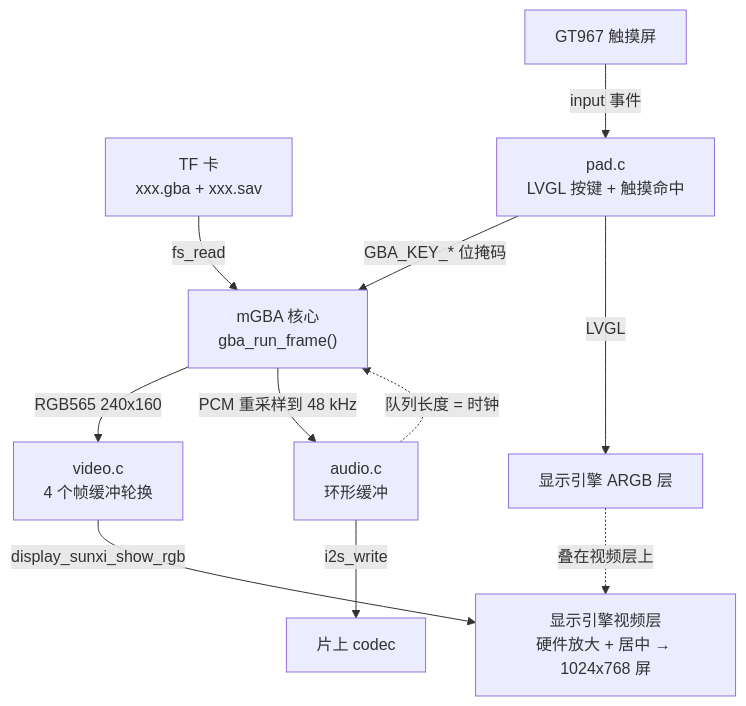
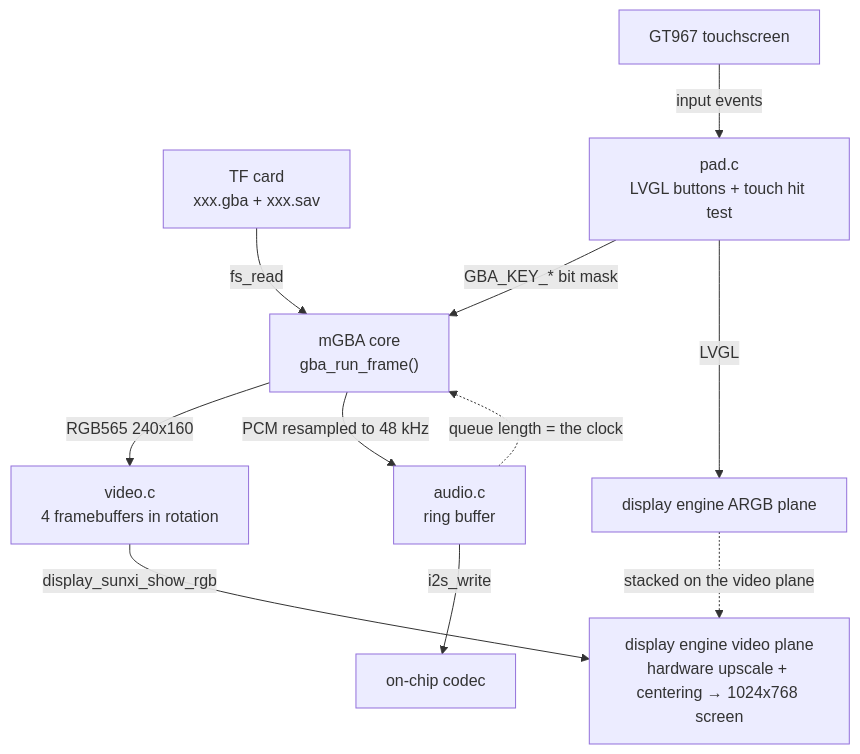
Before and after one commit to YuzukiHD/YuzukiNeko: the first of 3 diagrams in docs/src/content/docs/dev/zephyr/apps/mgba.md, drawn with Mermaid. The commit also changed other lines of this file and 216 other files, not shown here.

````diff
--- a/docs/src/content/docs/dev/zephyr/apps/mgba.md
+++ b/docs/src/content/docs/dev/zephyr/apps/mgba.md
@@ -7,13 +7,13 @@
 ```mermaid
 flowchart TB
-    SD["TF 卡<br/>xxx.gba + xxx.sav"] -->|"fs_read"| CORE["mGBA 核心<br/>gba_run_frame()"]
-    TP["GT967 触摸屏"] -->|"input 事件"| PAD["pad.c<br/>LVGL 按键 + 触摸命中"]
-    PAD -->|"GBA_KEY_* 位掩码"| CORE
-    CORE -->|"RGB565 240x160"| VID["video.c<br/>4 个帧缓冲轮换"]
-    CORE -->|"PCM 重采样到 48 kHz"| ARING["audio.c<br/>环形缓冲"]
-    PAD -->|"LVGL"| ARGB["显示引擎 ARGB 层"]
-    ARING -.->|"队列长度 = 时钟"| CORE
-    ARING -->|"i2s_write"| CODEC["片上 codec"]
-    VID -->|"display_sunxi_show_rgb"| DE["显示引擎视频层<br/>硬件放大 + 居中 → 1024x768 屏"]
-    ARGB -.->|"叠在视频层上"| DE
+    SD["TF card<br/>xxx.gba + xxx.sav"] -->|"fs_read"| CORE["mGBA core<br/>gba_run_frame()"]
+    TP["GT967 touchscreen"] -->|"input events"| PAD["pad.c<br/>LVGL buttons + touch hit test"]
+    PAD -->|"GBA_KEY_* bit mask"| CORE
+    CORE -->|"RGB565 240x160"| VID["video.c<br/>4 framebuffers in rotation"]
+    CORE -->|"PCM resampled to 48 kHz"| ARING["audio.c<br/>ring buffer"]
+    PAD -->|"LVGL"| ARGB["display engine ARGB plane"]
+    ARING -.->|"queue length = the clock"| CORE
+    ARING -->|"i2s_write"| CODEC["on-chip codec"]
+    VID -->|"display_sunxi_show_rgb"| DE["display engine video plane<br/>hardware upscale + centering → 1024x768 screen"]
+    ARGB -.->|"stacked on the video plane"| DE
 ```
````
